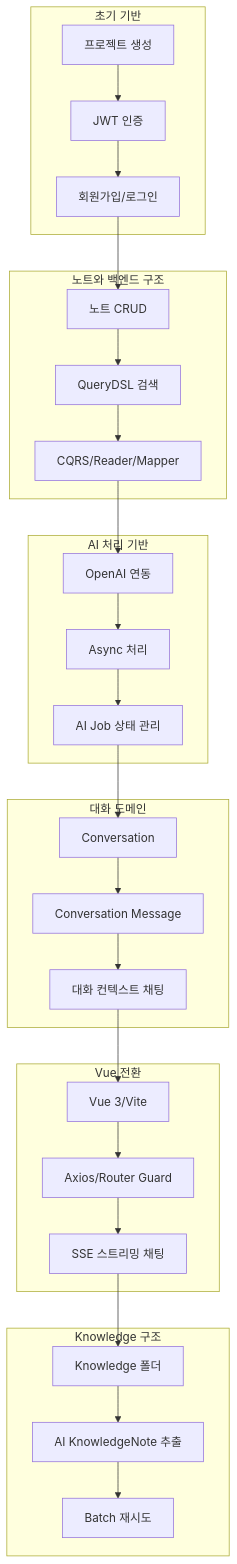
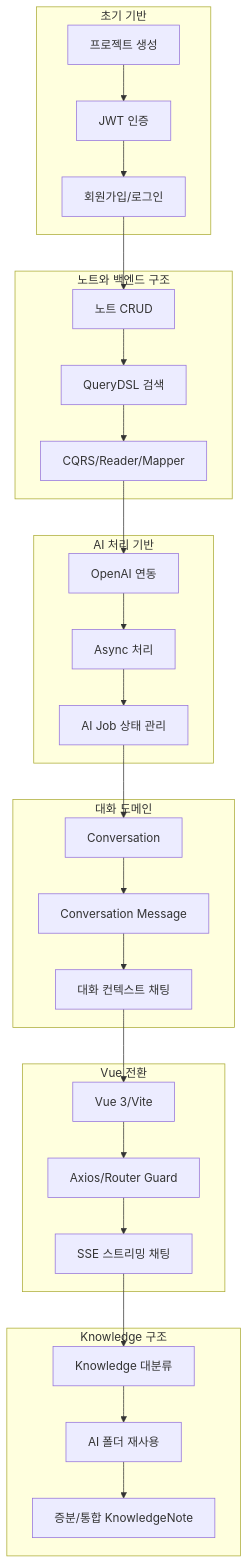
Before and after one commit to keunoh/feldbuch: the first of 5 diagrams in docs/FELDBUCH_DEVELOPMENT_DOCUMENTATION.md, drawn with Mermaid. The commit also changed other lines of this file and 3 other files, not shown here.

````diff
--- a/docs/FELDBUCH_DEVELOPMENT_DOCUMENTATION.md
+++ b/docs/FELDBUCH_DEVELOPMENT_DOCUMENTATION.md
@@ -48,32 +49,32 @@
 ```mermaid
 flowchart TD
     subgraph Phase1["초기 기반"]
         A[프로젝트 생성] --> B[JWT 인증] --> C[회원가입/로그인]
     end
 
     subgraph Phase2["노트와 백엔드 구조"]
         D[노트 CRUD] --> E[QueryDSL 검색] --> F[CQRS/Reader/Mapper]
     end
 
     subgraph Phase3["AI 처리 기반"]
         G[OpenAI 연동] --> H[Async 처리] --> I[AI Job 상태 관리]
     end
 
     subgraph Phase4["대화 도메인"]
         J[Conversation] --> K[Conversation Message] --> L[대화 컨텍스트 채팅]
     end
 
     subgraph Phase5["Vue 전환"]
         M[Vue 3/Vite] --> N[Axios/Router Guard] --> O[SSE 스트리밍 채팅]
     end
 
     subgraph Phase6["Knowledge 구조"]
-        P[Knowledge 폴더] --> Q[AI KnowledgeNote 추출] --> R[Batch 재시도]
+        P[Knowledge 대분류] --> Q[AI 폴더 재사용] --> R[증분/통합 KnowledgeNote]
     end
 
     C --> D
     F --> G
     I --> J
     L --> M
     O --> P
 ```
````
